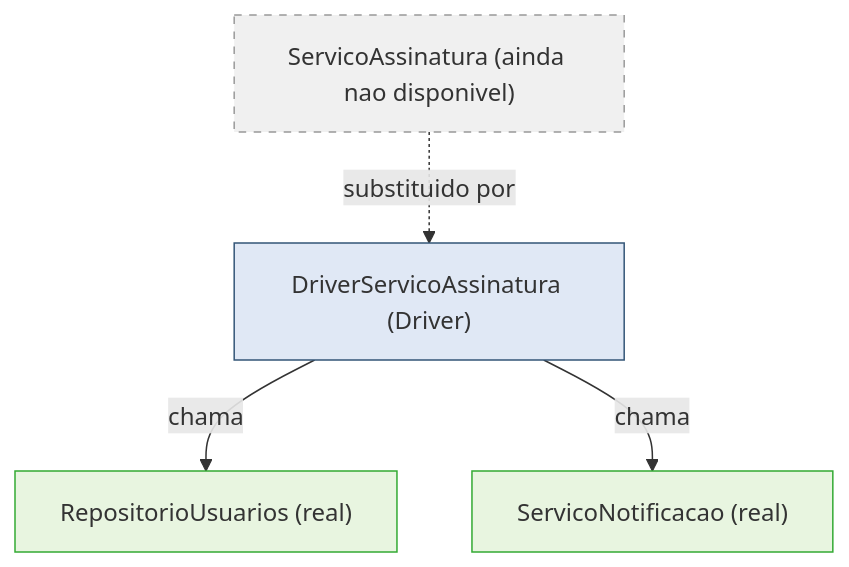
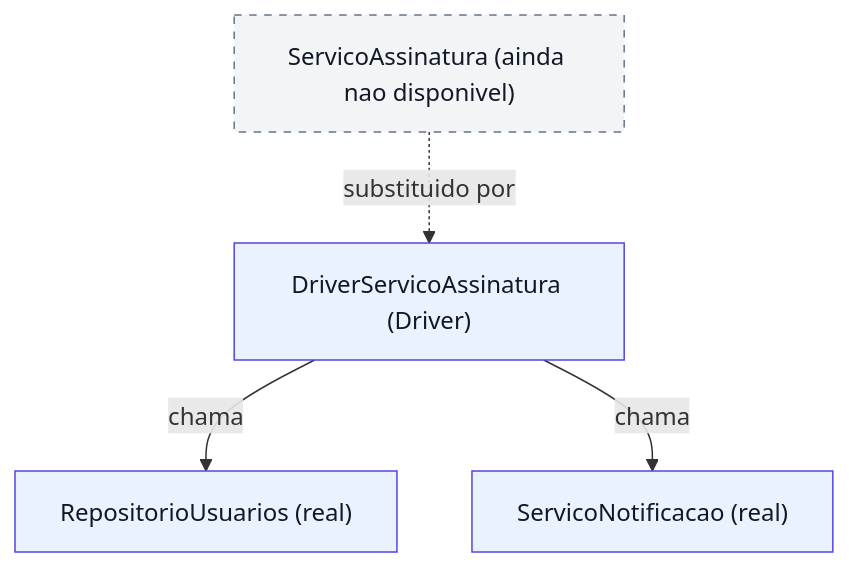
One commit to DaviPatricio06/meus-estudos-vvts changed the eighth of 17 diagrams in README.MD. Above: the diagram before and after it, drawn with Mermaid. The commit also changed other lines of this file, not shown here.

````diff
--- a/README.MD
+++ b/README.MD
@@ -733,11 +732,13 @@
 ```mermaid
 graph TD
+    classDef padrao fill:#eaf2ff,stroke:#4f46e5,color:#111827;
+    classDef real fill:#eaf2ff,stroke:#4f46e5,color:#111827;
+    classDef ausente fill:#f3f4f6,stroke:#64748b,color:#111827,stroke-dasharray: 5 5;
+
     Driver["DriverServicoAssinatura (Driver)"] -->|chama| Repo["RepositorioUsuarios (real)"]
     Driver -->|chama| Notif["ServicoNotificacao (real)"]
     Ausente["ServicoAssinatura (ainda nao disponivel)"] -.->|substituido por| Driver
 
-    style Driver fill:#e0e8f5,stroke:#357
-    style Repo fill:#e8f5e0,stroke:#3a3
-    style Notif fill:#e8f5e0,stroke:#3a3
-    style Ausente fill:#f0f0f0,stroke:#999,stroke-dasharray: 5 5
+    class Driver,Repo,Notif real;
+    class Ausente ausente;
 ```
````
